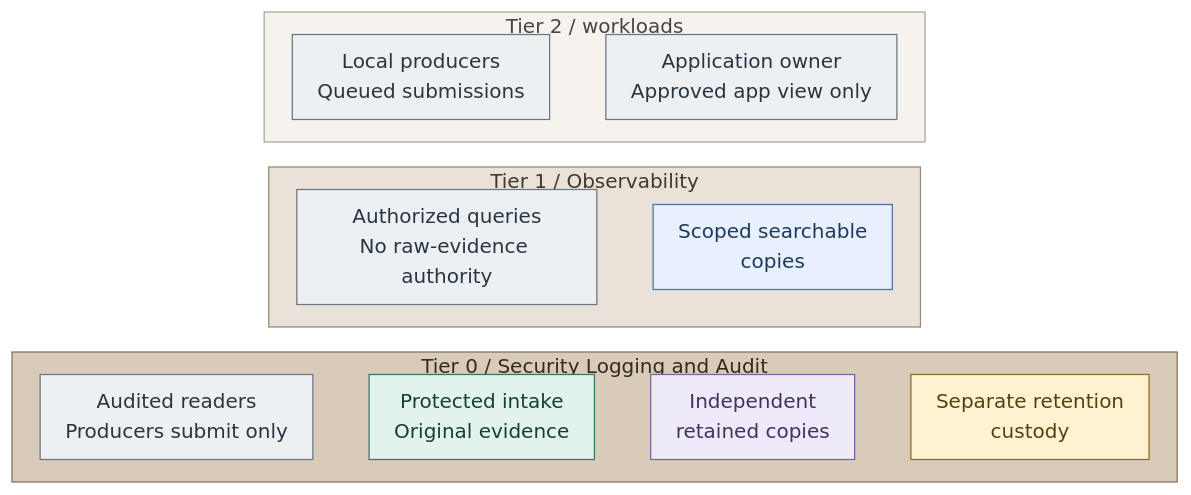
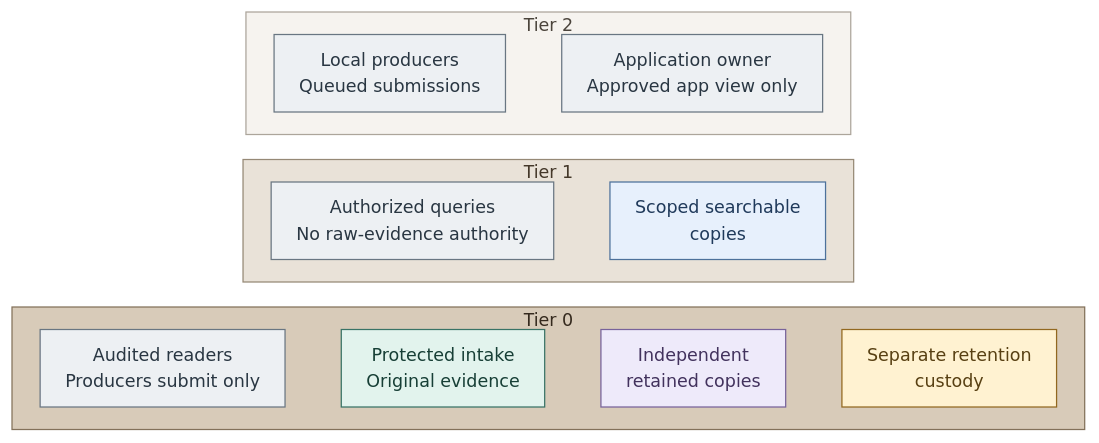
Before and after one commit to Rexus/homelab: the first of 2 diagrams in docs/01-architecture/11-operations/01-protected-logging.md, drawn with Mermaid. The commit also changed other lines of this file and 124 other files, not shown here.

First line of the commit message:
fix(platform): align service diagrams and directory failover

````diff
--- a/docs/01-architecture/11-operations/01-protected-logging.md
+++ b/docs/01-architecture/11-operations/01-protected-logging.md
@@ -25,42 +15,42 @@
 ```mermaid
-%%{init: {"theme":"base","flowchart":{"nodeSpacing":16,"rankSpacing":20,"padding":10},"themeVariables":{"lineColor":"#627581","edgeLabelBackground":"#f8fafc"}}}%%
+%%{init: {"theme":"base","flowchart":{"nodeSpacing":16,"rankSpacing":20,"padding":10},"themeVariables":{"lineColor":"#627581","edgeLabelBackground":"#f8fafc","fontFamily":"Arial, sans-serif","fontSize":"14px"},"fontFamily":"Arial, sans-serif"}}%%
 flowchart TB
-  subgraph T2["Tier 2 / workloads"]
+  subgraph T2["Tier 2"]
     direction LR
     Sources["Local producers<br/>Queued submissions"]
     Developer["Application owner<br/>Approved app view only"]
     Sources ~~~ Developer
   end
-  subgraph T1["Tier 1 / Observability"]
+  subgraph T1["Tier 1"]
     direction LR
     Search["Scoped searchable<br/>copies"]
     Query["Authorized queries<br/>No raw-evidence authority"]
     Query ~~~ Search
   end
-  subgraph T0["Tier 0 / Security Logging and Audit"]
+  subgraph T0["Tier 0"]
     direction LR
     Logging["Protected intake<br/>Original evidence"]
     Readers["Audited readers<br/>Producers submit only"]
     Retention["Independent<br/>retained copies"]
     Custodians["Separate retention<br/>custody"]
     Readers ~~~ Logging ~~~ Retention ~~~ Custodians
   end
   T2 ~~~ T1 ~~~ T0
   classDef default fill:#f8fafc,stroke:#64748b,color:#1f2937
   classDef actor fill:#edf0f3,stroke:#697682,color:#293642
   classDef control fill:#e2f3ed,stroke:#397366,color:#173f36
   classDef data fill:#eeeafa,stroke:#78639b,color:#42325d
   classDef services fill:#e7f0fc,stroke:#4d719b,color:#203a5b
   classDef custody fill:#fff2d1,stroke:#926820,color:#584013
   class Sources,Developer,Query,Readers actor
   class Logging control
   class Retention data
   class Custodians custody
   class Search services
   classDef tier0 fill:#d8cbb9,stroke:#83715a,color:#352a1e
   class T0 tier0
   classDef tier1 fill:#e9e2d8,stroke:#968976,color:#44382a
   class T1 tier1
   classDef tier2 fill:#f6f3ef,stroke:#aca59b,color:#4b443c
   class T2 tier2
 ```
````
